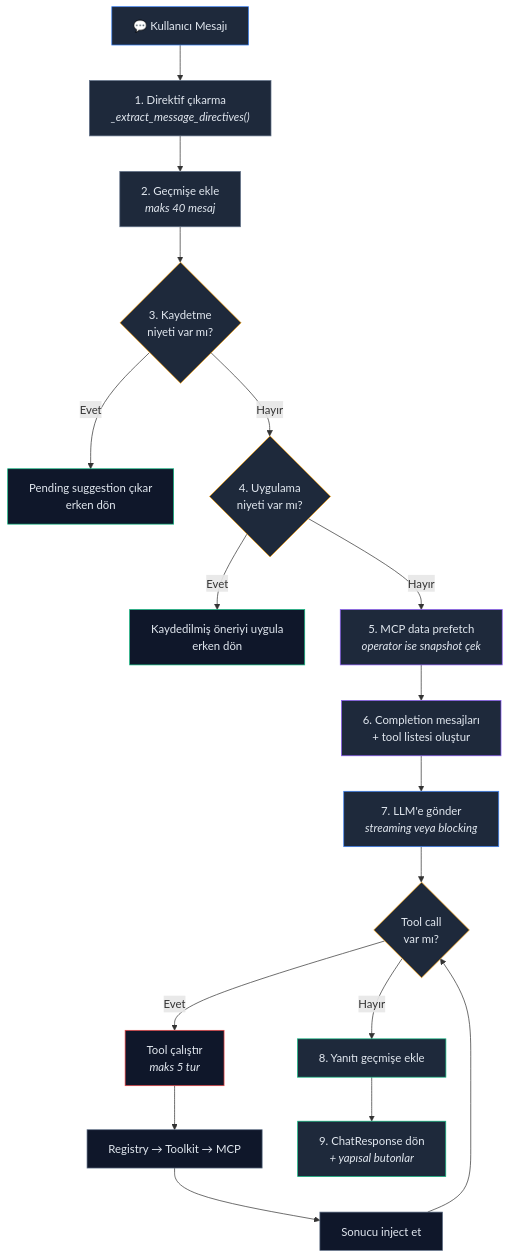
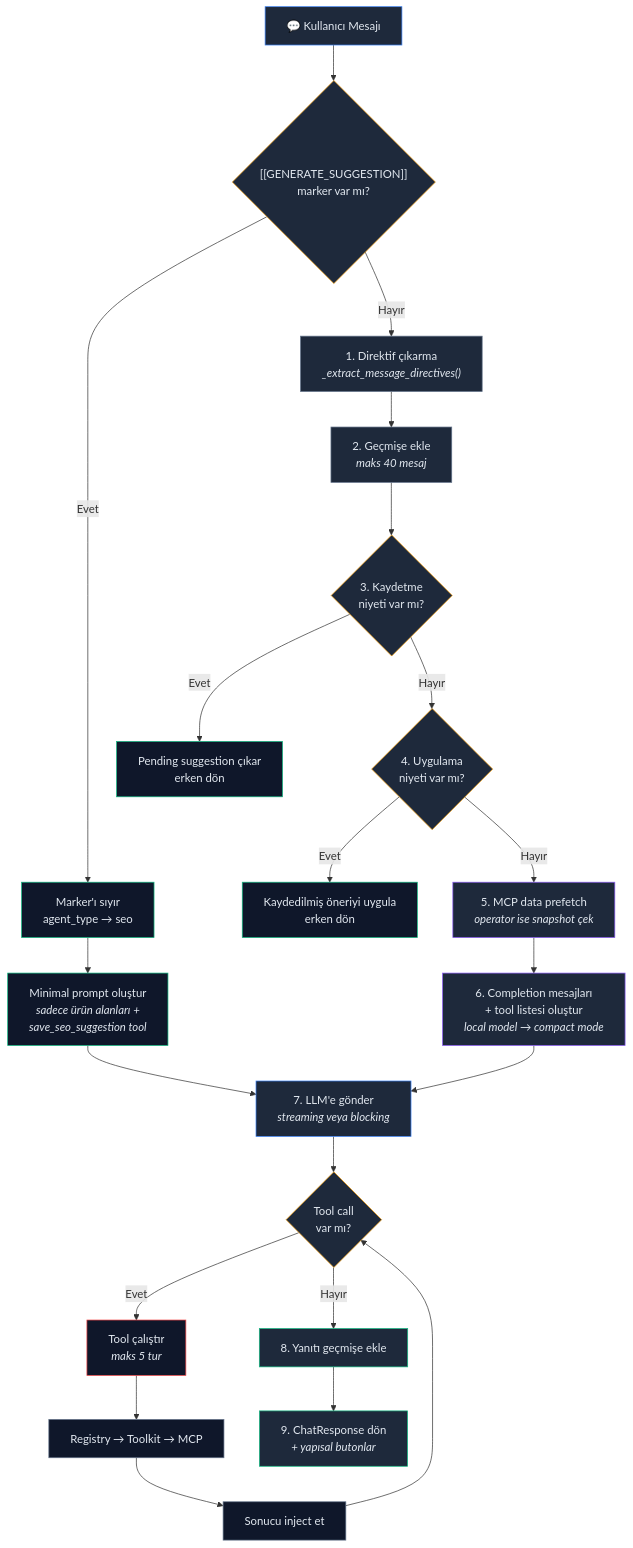
The tenth of 15 diagrams in README.md (YigitKa/ikas-ai-seo-agent), drawn with Mermaid before and after one commit. The commit also changed other lines of this file and 1 other file, not shown here.

Commit message:
feat: Add post-apply verification for SEO changes, including re-fetching and score comparison

````diff
--- a/README.md
+++ b/README.md
@@ -351,41 +360,50 @@
 ```mermaid
 graph TD
-    INPUT["💬 Kullanıcı Mesajı"] --> EXTRACT["1. Direktif çıkarma<br/><i>_extract_message_directives()</i>"]
+    INPUT["💬 Kullanıcı Mesajı"] --> GEN_CHECK{"[[GENERATE_SUGGESTION]]<br/>marker var mı?"}
+
+    GEN_CHECK -->|Evet| GEN_STRIP["Marker'ı sıyır<br/>agent_type → seo"]
+    GEN_STRIP --> GEN_BUILD["Minimal prompt oluştur<br/><i>sadece ürün alanları +<br/>save_seo_suggestion tool</i>"]
+    GEN_BUILD --> LLM_CALL
+
+    GEN_CHECK -->|Hayır| EXTRACT["1. Direktif çıkarma<br/><i>_extract_message_directives()</i>"]
     EXTRACT --> HISTORY["2. Geçmişe ekle<br/><i>maks 40 mesaj</i>"]
     HISTORY --> SAVE{"3. Kaydetme<br/>niyeti var mı?"}
 
     SAVE -->|Evet| DRAFT["Pending suggestion çıkar<br/>erken dön"]
     SAVE -->|Hayır| APPLY{"4. Uygulama<br/>niyeti var mı?"}
 
     APPLY -->|Evet| WRITE["Kaydedilmiş öneriyi uygula<br/>erken dön"]
     APPLY -->|Hayır| PREFETCH["5. MCP data prefetch<br/><i>operator ise snapshot çek</i>"]
 
-    PREFETCH --> BUILD["6. Completion mesajları<br/>+ tool listesi oluştur"]
+    PREFETCH --> BUILD["6. Completion mesajları<br/>+ tool listesi oluştur<br/><i>local model → compact mode</i>"]
     BUILD --> LLM_CALL["7. LLM'e gönder<br/><i>streaming veya blocking</i>"]
 
     LLM_CALL --> TOOL_LOOP{"Tool call<br/>var mı?"}
     TOOL_LOOP -->|Evet| EXEC["Tool çalıştır<br/><i>maks 5 tur</i>"]
     EXEC --> RESOLVE["Registry → Toolkit → MCP"]
     RESOLVE --> INJECT["Sonucu inject et"]
     INJECT --> TOOL_LOOP
 
     TOOL_LOOP -->|Hayır| RESPONSE["8. Yanıtı geçmişe ekle"]
     RESPONSE --> RETURN["9. ChatResponse dön<br/><i>+ yapısal butonlar</i>"]
 
     style INPUT fill:#1e293b,stroke:#3b82f6,color:#e2e8f0
+    style GEN_CHECK fill:#1e293b,stroke:#f59e0b,color:#e2e8f0
+    style GEN_STRIP fill:#0f172a,stroke:#10b981,color:#e2e8f0
+    style GEN_BUILD fill:#0f172a,stroke:#10b981,color:#e2e8f0
     style EXTRACT fill:#1e293b,stroke:#64748b,color:#e2e8f0
     style HISTORY fill:#1e293b,stroke:#64748b,color:#e2e8f0
     style SAVE fill:#1e293b,stroke:#f59e0b,color:#e2e8f0
     style APPLY fill:#1e293b,stroke:#f59e0b,color:#e2e8f0
     style DRAFT fill:#0f172a,stroke:#10b981,color:#e2e8f0
     style WRITE fill:#0f172a,stroke:#10b981,color:#e2e8f0
     style PREFETCH fill:#1e293b,stroke:#8b5cf6,color:#e2e8f0
     style BUILD fill:#1e293b,stroke:#8b5cf6,color:#e2e8f0
     style LLM_CALL fill:#1e293b,stroke:#3b82f6,color:#e2e8f0
     style TOOL_LOOP fill:#1e293b,stroke:#f59e0b,color:#e2e8f0
     style EXEC fill:#0f172a,stroke:#ef4444,color:#e2e8f0
     style RESOLVE fill:#0f172a,stroke:#64748b,color:#e2e8f0
     style INJECT fill:#0f172a,stroke:#64748b,color:#e2e8f0
     style RESPONSE fill:#1e293b,stroke:#10b981,color:#e2e8f0
     style RETURN fill:#1e293b,stroke:#10b981,color:#e2e8f0
 ```
````
